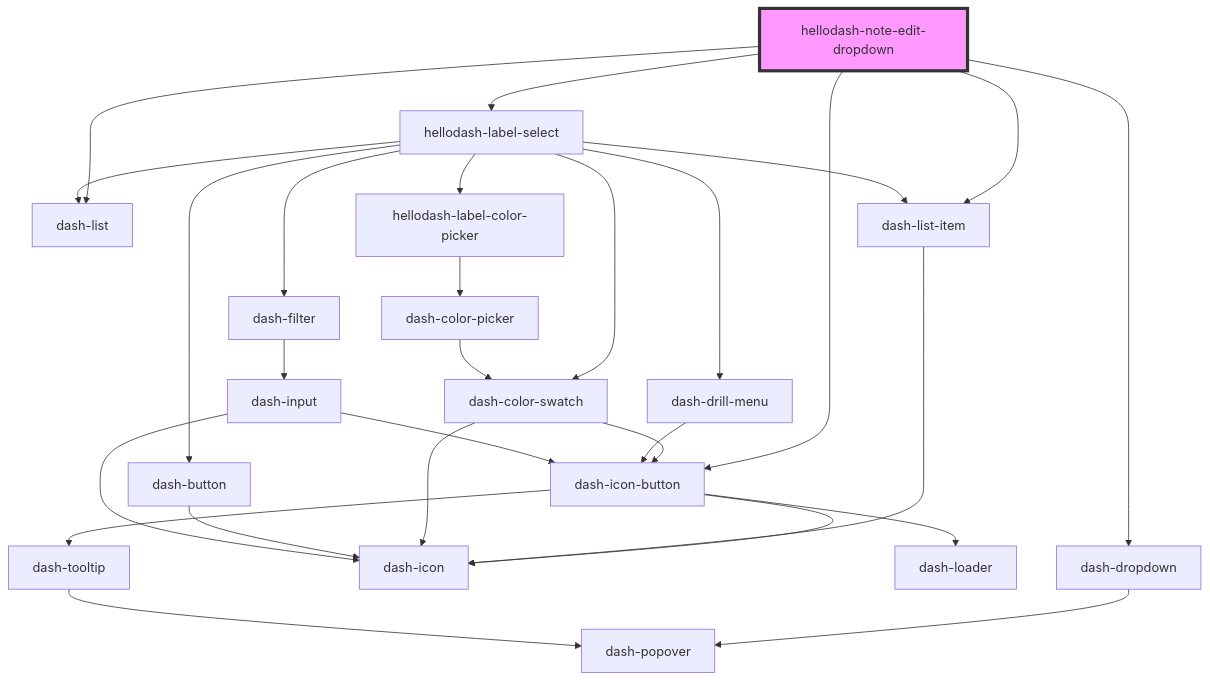
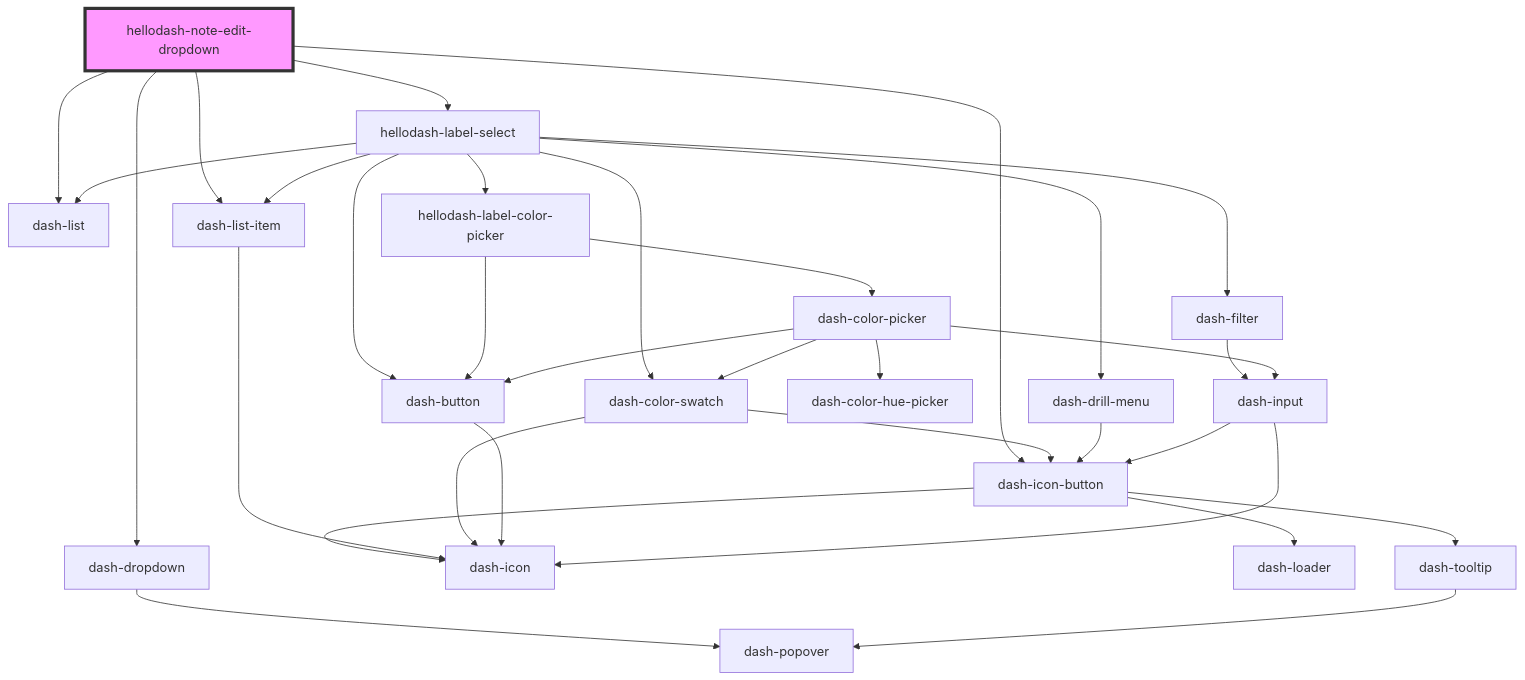
The diagram in packages/hellodash-components/src/components/hellodash-note-card/hellodash-note-edit-dropdown/readme.md (jmanke/dash), drawn with Mermaid before and after one commit. The commit also changed 35 other files, not shown here.

````diff
--- a/packages/hellodash-components/src/components/hellodash-note-card/hellodash-note-edit-dropdown/readme.md
+++ b/packages/hellodash-components/src/components/hellodash-note-card/hellodash-note-edit-dropdown/readme.md
@@ -40,31 +40,35 @@
 ```mermaid
 graph TD;
   hellodash-note-edit-dropdown --> dash-dropdown
   hellodash-note-edit-dropdown --> dash-icon-button
   hellodash-note-edit-dropdown --> dash-list
   hellodash-note-edit-dropdown --> dash-list-item
   hellodash-note-edit-dropdown --> hellodash-label-select
   dash-dropdown --> dash-popover
   dash-icon-button --> dash-icon
   dash-icon-button --> dash-loader
   dash-icon-button --> dash-tooltip
   dash-tooltip --> dash-popover
   dash-list-item --> dash-icon
   hellodash-label-select --> dash-list
   hellodash-label-select --> dash-list-item
   hellodash-label-select --> dash-color-swatch
   hellodash-label-select --> dash-button
   hellodash-label-select --> dash-drill-menu
   hellodash-label-select --> dash-filter
   hellodash-label-select --> hellodash-label-color-picker
   dash-color-swatch --> dash-icon-button
   dash-color-swatch --> dash-icon
   dash-button --> dash-icon
   dash-drill-menu --> dash-icon-button
   dash-filter --> dash-input
   dash-input --> dash-icon
   dash-input --> dash-icon-button
   hellodash-label-color-picker --> dash-color-picker
+  hellodash-label-color-picker --> dash-button
+  dash-color-picker --> dash-color-hue-picker
+  dash-color-picker --> dash-button
+  dash-color-picker --> dash-input
   dash-color-picker --> dash-color-swatch
   style hellodash-note-edit-dropdown fill:#f9f,stroke:#333,stroke-width:4px
 ```
````
